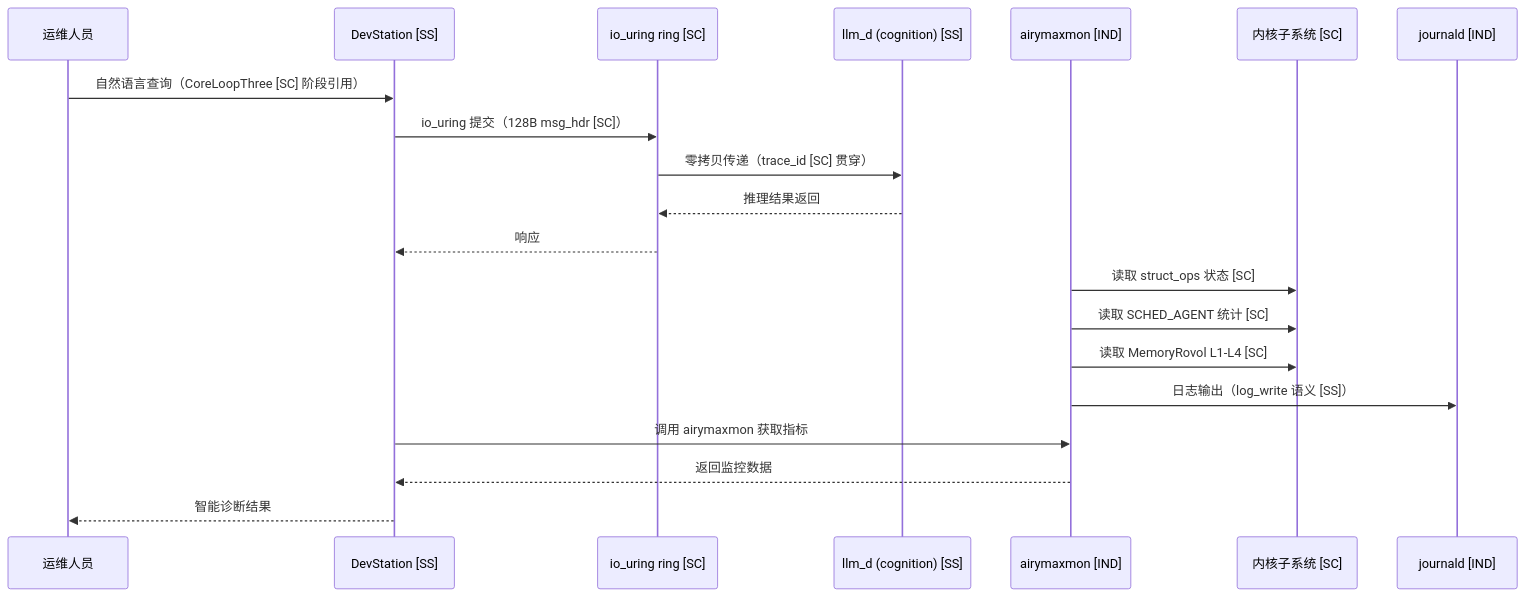
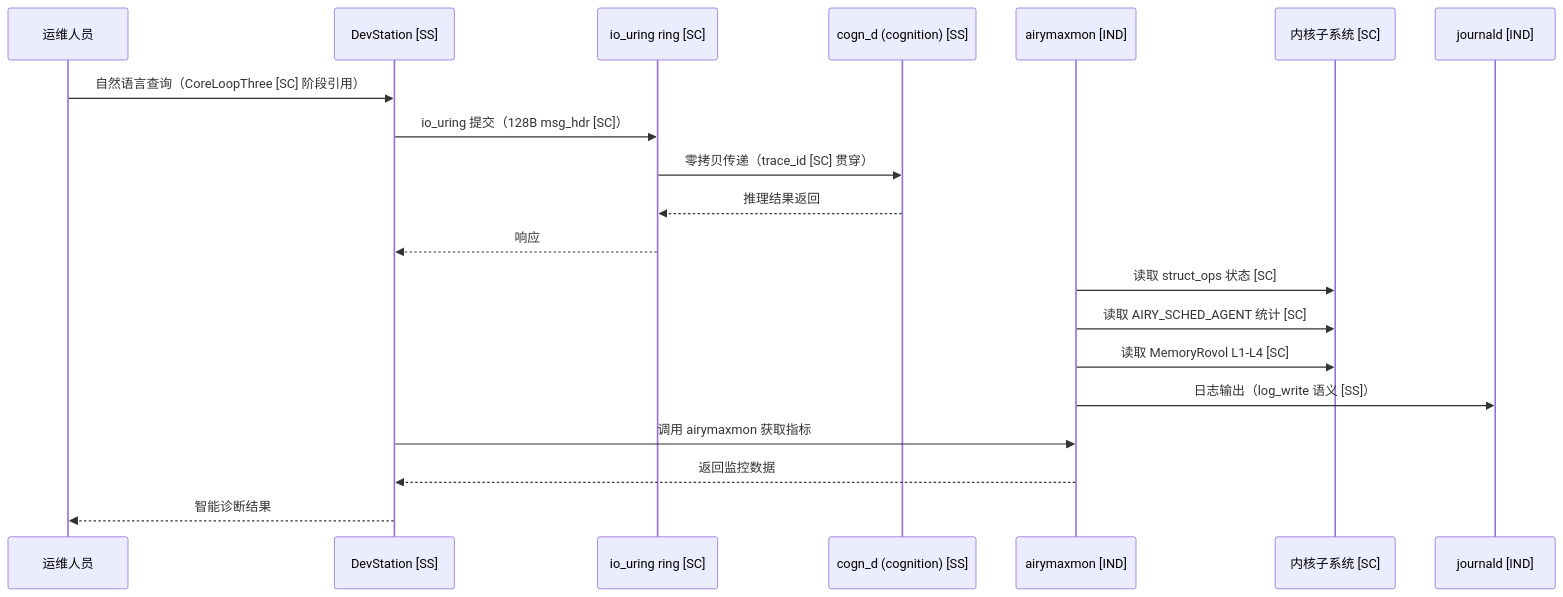
The first of 2 diagrams in AirymaxOS/20-modules/07-system.md (openairymax/docs), drawn with Mermaid before and after one commit. The commit also changed other lines of this file and 115 other files, not shown here.

````diff
--- a/AirymaxOS/20-modules/07-system.md
+++ b/AirymaxOS/20-modules/07-system.md
@@ -381,25 +381,25 @@
 ```mermaid
 sequenceDiagram
     participant USER as 运维人员
     participant DEV as DevStation [SS]
     participant IPC as io_uring ring [SC]
-    participant LLM as llm_d (cognition) [SS]
+    participant COGN as cogn_d (cognition) [SS]
     participant MON as airymaxmon [IND]
     participant KERN as 内核子系统 [SC]
     participant JRN as journald [IND]
 
     USER->>DEV: 自然语言查询（CoreLoopThree [SC] 阶段引用）
     DEV->>IPC: io_uring 提交（128B msg_hdr [SC]）
-    IPC->>LLM: 零拷贝传递（trace_id [SC] 贯穿）
-    LLM-->>IPC: 推理结果返回
+    IPC->>COGN: 零拷贝传递（trace_id [SC] 贯穿）
+    COGN-->>IPC: 推理结果返回
     IPC-->>DEV: 响应
 
     MON->>KERN: 读取 struct_ops 状态 [SC]
-    MON->>KERN: 读取 SCHED_AGENT 统计 [SC]
+    MON->>KERN: 读取 AIRY_SCHED_AGENT 统计 [SC]
     MON->>KERN: 读取 MemoryRovol L1-L4 [SC]
     MON->>JRN: 日志输出（log_write 语义 [SS]）
 
     DEV->>MON: 调用 airymaxmon 获取指标
     MON-->>DEV: 返回监控数据
     DEV-->>USER: 智能诊断结果
 ```
````
